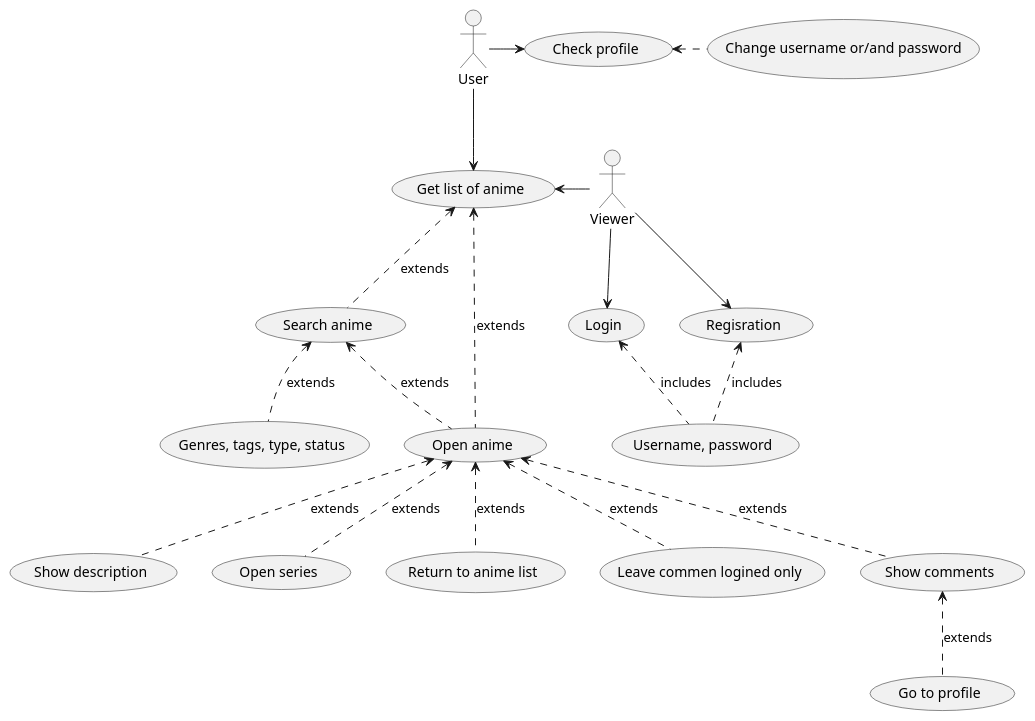
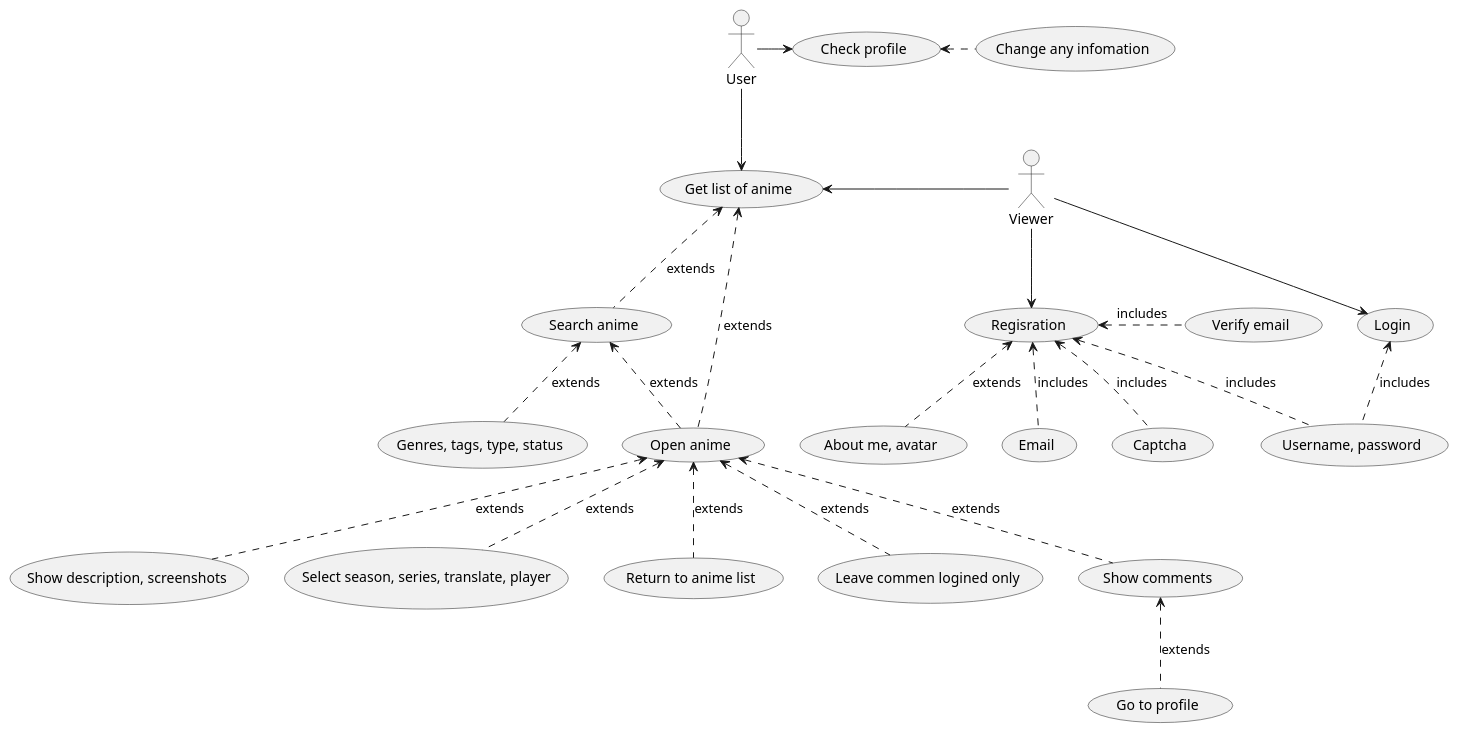
The diagram in docs/diagrams/usecase.plantuml (undiscoveredWorld/animeWatch), drawn with PlantUML before and after one commit. The commit also changed 1 other file, not shown here.

```diff
--- a/docs/diagrams/usecase.plantuml
+++ b/docs/diagrams/usecase.plantuml
@@ -1,33 +1,37 @@
 @startuml usecase
 
 actor Viewer
 actor User
 
 (Get list of anime) as animeList
 
 Viewer --> (Login)
 Viewer --> (Regisration)
 Viewer -left-> animeList
 (Login) <.- (Username, password) : includes
 (Regisration) <.- (Username, password) : includes
+(Regisration) <.- (About me, avatar) : extends
+(Regisration) <.- (Email) : includes
+(Regisration) <.- (Captcha) : includes
+(Regisration) <.right- (Verify email) : includes
 
 (Check profile) as profile
 User -> profile
-profile <. (Change username or/and password)
+profile <. (Change any infomation)
 
 User --> animeList
 
 animeList <.- (Search anime) : extends
 (Search anime) <.- (Genres, tags, type, status) : extends
 (Search anime) <.- (Open anime) : extends
 
 animeList <.- (Open anime) : extends
-(Open anime) <.- (Show description) : extends
-(Open anime) <.- (Open series) : extends
+(Open anime) <.- (Show description, screenshots) : extends
+(Open anime) <.- (Select season, series, translate, player) : extends
 (Open anime) <.- (Return to anime list) : extends
 (Open anime) <.- (Leave commen logined only) : extends
 (Open anime) <.- (Show comments) : extends
 (Show comments) <.- (Go to profile) : extends
 
 
 @enduml
```
